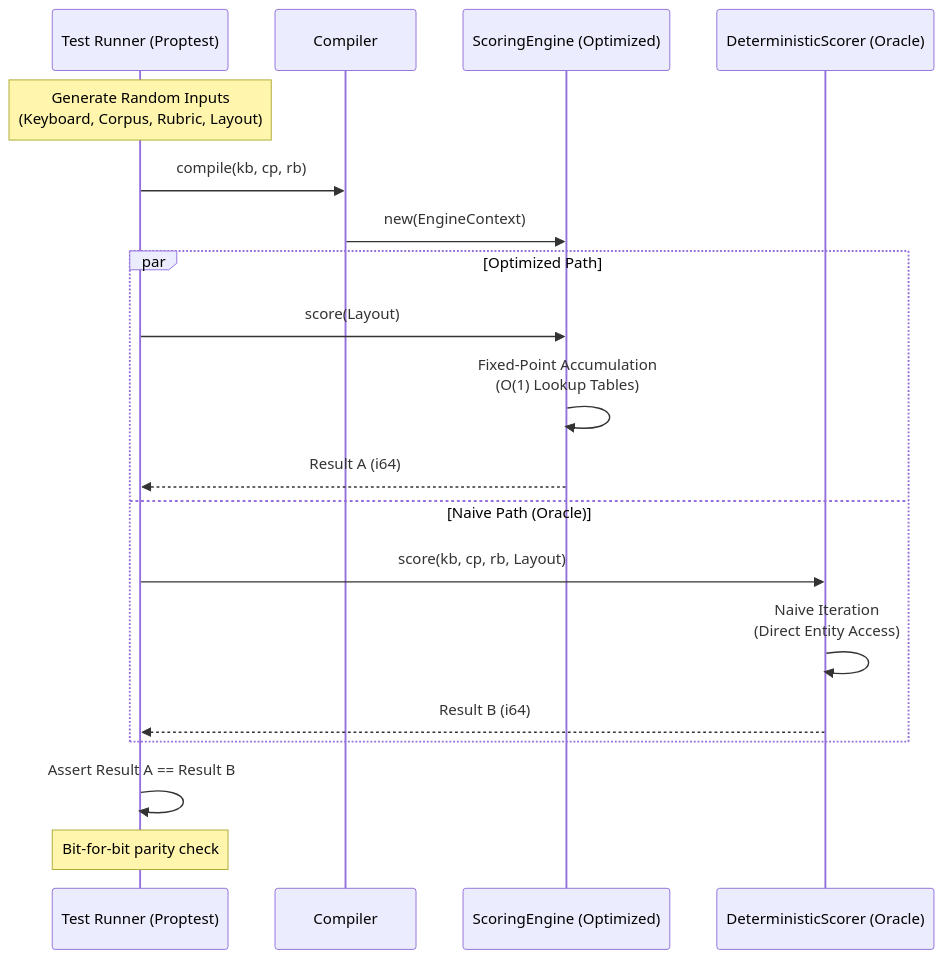
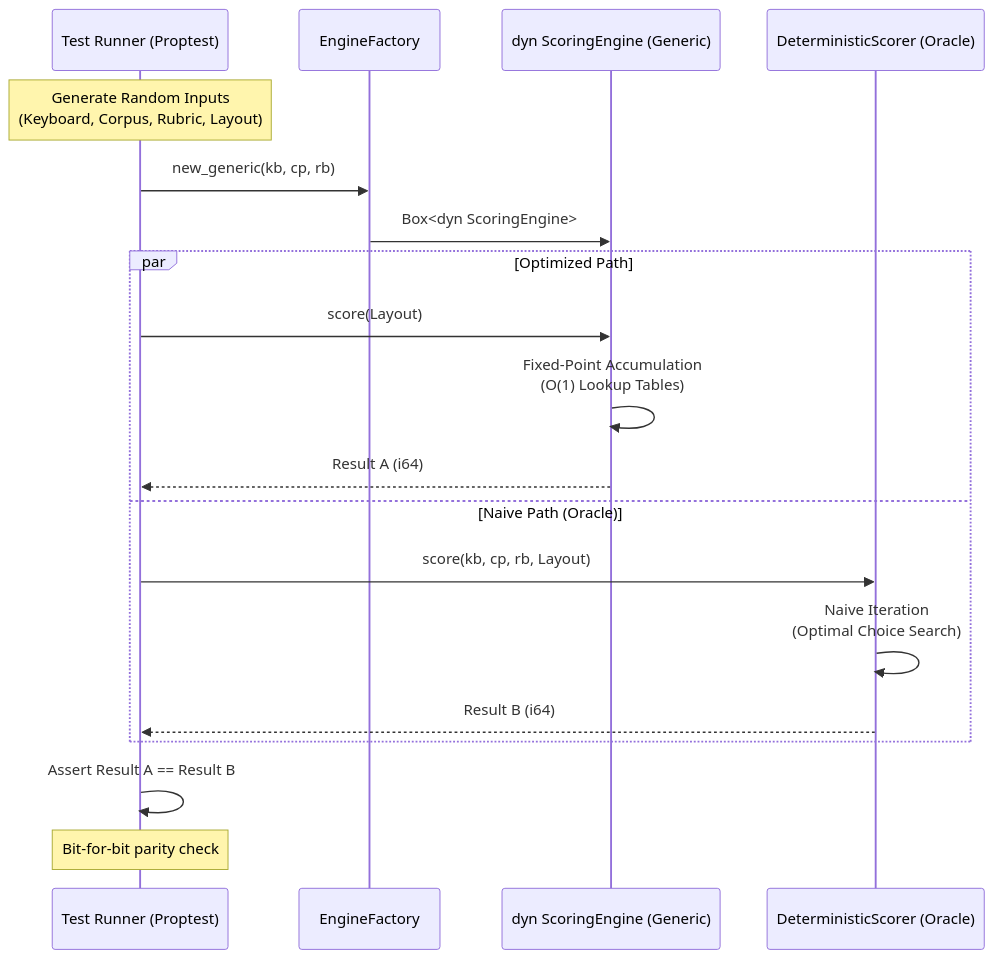
One commit to infodungeon/keyforge changed the second of 3 diagrams in docs/design/keyforge-physics/README.md. Above: the diagram before and after it, drawn with Mermaid. The commit also changed other lines of this file and 100 other files, not shown here.

````diff
--- a/docs/design/keyforge-physics/README.md
+++ b/docs/design/keyforge-physics/README.md
@@ -37,25 +39,25 @@
 ```mermaid
 sequenceDiagram
     participant T as Test Runner (Proptest)
-    participant C as Compiler
-    participant E as ScoringEngine (Optimized)
+    participant F as EngineFactory
+    participant E as dyn ScoringEngine (Generic)
     participant O as DeterministicScorer (Oracle)
 
     Note over T: Generate Random Inputs<br/>(Keyboard, Corpus, Rubric, Layout)
 
-    T->>C: compile(kb, cp, rb)
-    C->>E: new(EngineContext)
+    T->>F: new_generic(kb, cp, rb)
+    F->>E: Box<dyn ScoringEngine>
     
     par Optimized Path
         T->>E: score(Layout)
         E->>E: Fixed-Point Accumulation<br/>(O(1) Lookup Tables)
         E-->>T: Result A (i64)
     and Naive Path (Oracle)
         T->>O: score(kb, cp, rb, Layout)
-        O->>O: Naive Iteration<br/>(Direct Entity Access)
+        O->>O: Naive Iteration<br/>(Optimal Choice Search)
         O-->>T: Result B (i64)
     end
 
     T->>T: Assert Result A == Result B
     Note over T: Bit-for-bit parity check
 ```
````
